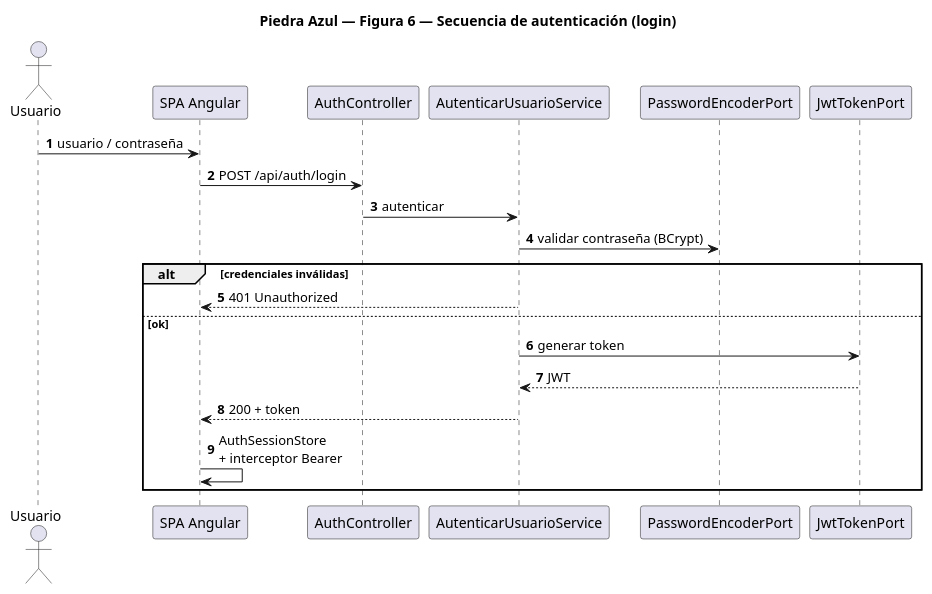
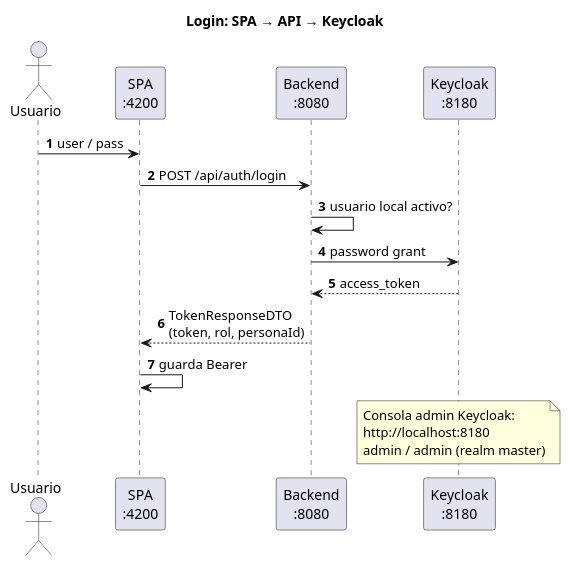
Before and after one commit to jaimecharfuelan-pixel/Piedra-Azul: the diagram in diagramas-sad/06-secuencia-login.puml, drawn with PlantUML. The commit also changed 58 other files, not shown here.

```diff
--- a/diagramas-sad/06-secuencia-login.puml
+++ b/diagramas-sad/06-secuencia-login.puml
@@ -1,27 +1,26 @@
-@startuml 06-secuencia-login
-title Piedra Azul — Figura 6 — Secuencia de autenticación (login)
+@startuml 00_login_keycloak
+title Login: SPA → API → Keycloak
 skinparam backgroundColor white
 skinparam shadowing false
 autonumber
 
-actor "Usuario" as U
-participant "SPA Angular" as FE
-participant "AuthController" as AC
-participant "AutenticarUsuarioService" as S
-participant "PasswordEncoderPort" as PE
-participant "JwtTokenPort" as JWT
+actor Usuario
+participant "SPA\n:4200" as FE
+participant "Backend\n:8080" as BE
+participant "Keycloak\n:8180" as KC
 
-U -> FE : usuario / contraseña
-FE -> AC : POST /api/auth/login
-AC -> S : autenticar
-S -> PE : validar contraseña (BCrypt)
-alt credenciales inválidas
-  S --> FE : 401 Unauthorized
-else ok
-  S -> JWT : generar token
-  JWT --> S : JWT
-  S --> FE : 200 + token
-  FE -> FE : AuthSessionStore\n+ interceptor Bearer
-end
+Usuario -> FE : user / pass
+FE -> BE : POST /api/auth/login
+BE -> BE : usuario local activo?
+BE -> KC : password grant
+KC --> BE : access_token
+BE --> FE : TokenResponseDTO\n(token, rol, personaId)
+FE -> FE : guarda Bearer
+
+note over KC
+  Consola admin Keycloak:
+  http://localhost:8180
+  admin / admin (realm master)
+end note
 
 @enduml
```
